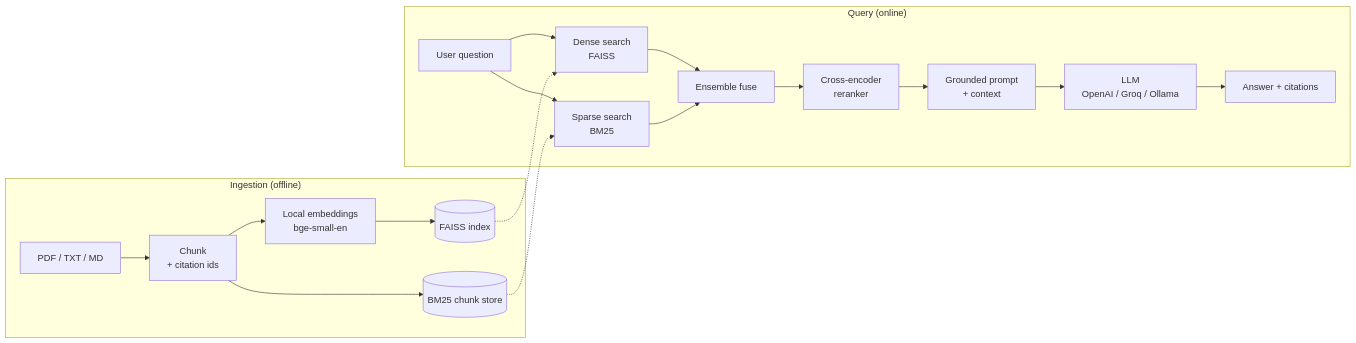
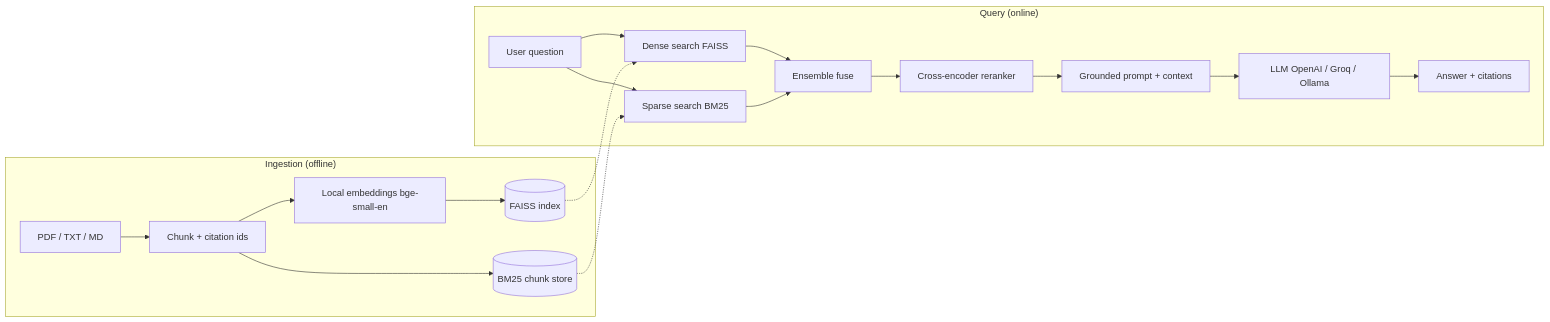
One commit to TheCodePadawan/NeoDocuMind changed the diagram in README.md. Above: the diagram before and after it, drawn with Mermaid. The commit also changed other lines of this file and 11 other files, not shown here.

````diff
--- a/README.md
+++ b/README.md
@@ -41,23 +44,23 @@
 ```mermaid
 flowchart LR
     subgraph Ingest["Ingestion (offline)"]
-        A[PDF / TXT / MD] --> B[Chunk<br/>+ citation ids]
-        B --> C[Local embeddings<br/>bge-small-en]
+        A[PDF / TXT / MD] --> B[Chunk + citation ids]
+        B --> C[Local embeddings bge-small-en]
         C --> D[(FAISS index)]
         B --> E[(BM25 chunk store)]
     end
 
     subgraph Query["Query (online)"]
-        Q[User question] --> R1[Dense search<br/>FAISS]
-        Q --> R2[Sparse search<br/>BM25]
+        Q[User question] --> R1[Dense search FAISS]
+        Q --> R2[Sparse search BM25]
         R1 --> F[Ensemble fuse]
         R2 --> F
-        F --> RR[Cross-encoder<br/>reranker]
-        RR --> P[Grounded prompt<br/>+ context]
-        P --> LLM[LLM<br/>OpenAI / Groq / Ollama]
+        F --> RR[Cross-encoder reranker]
+        RR --> P[Grounded prompt + context]
+        P --> LLM[LLM OpenAI / Groq / Ollama]
         LLM --> ANS[Answer + citations]
     end
 
     D -.-> R1
     E -.-> R2
 ```
````
